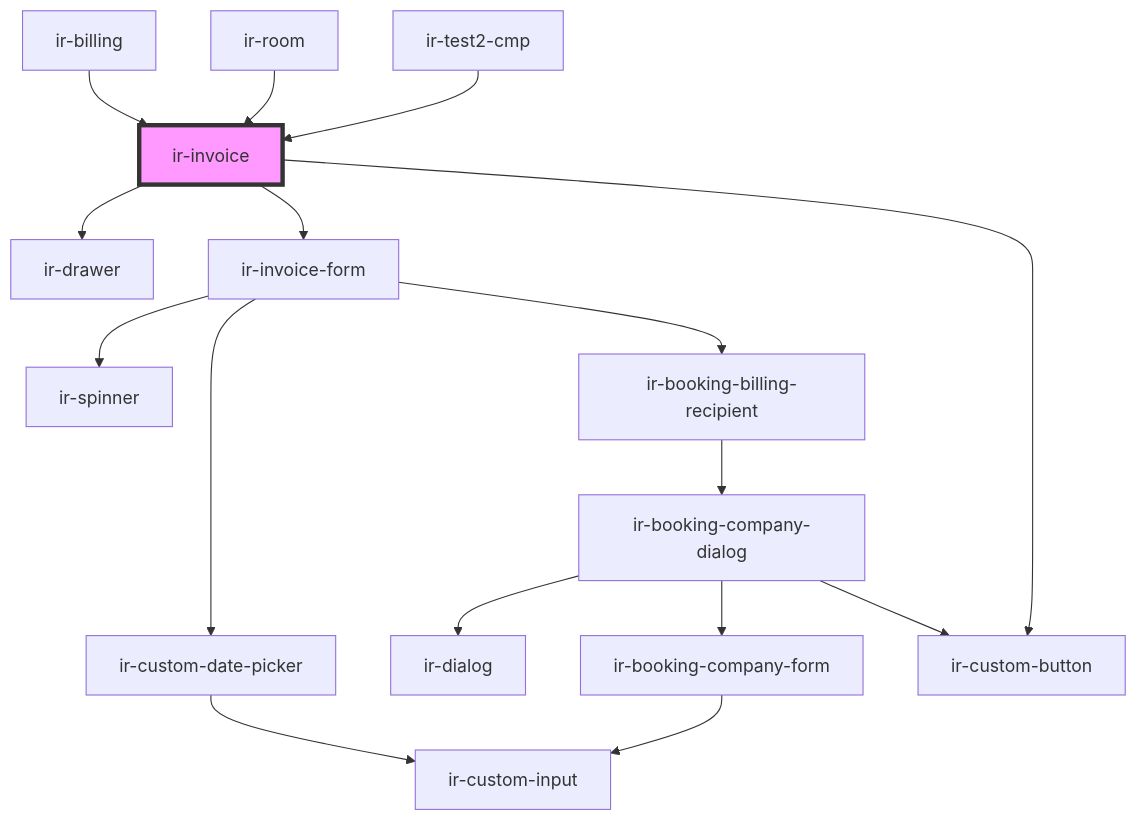
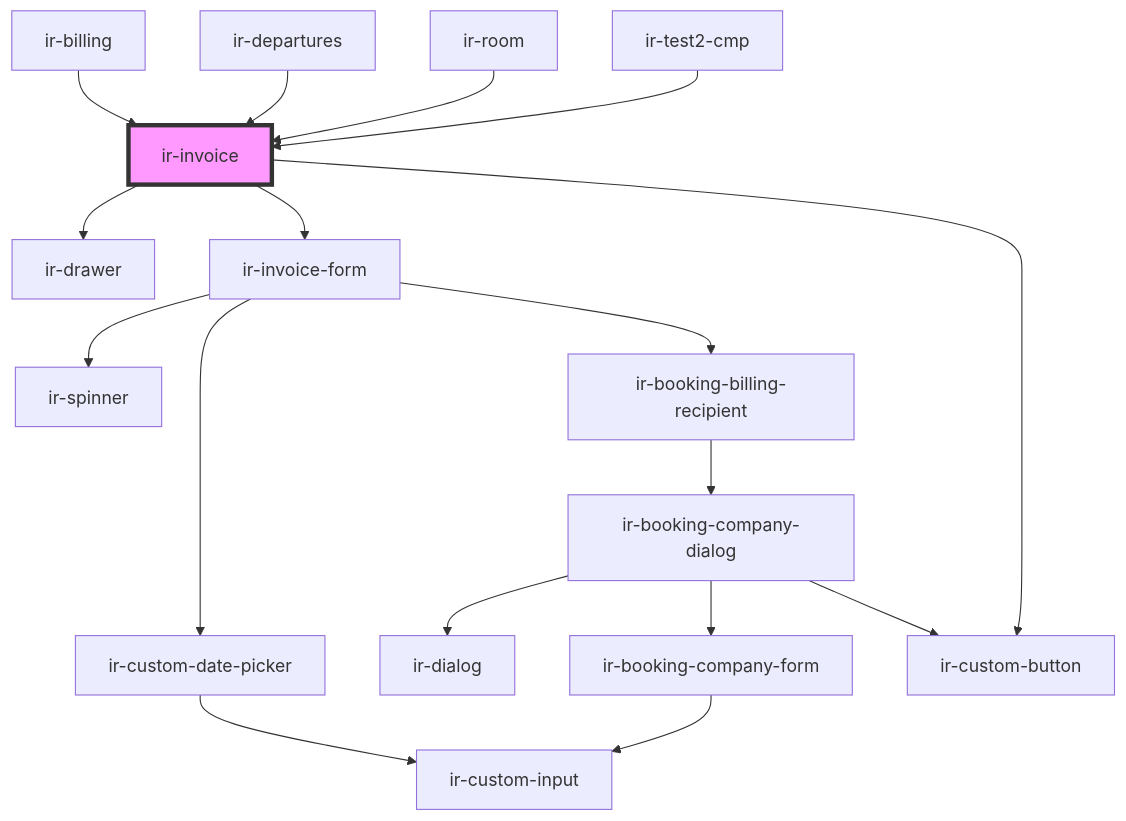
Before and after one commit to David1Chowaifaty/modified-ir-webcmp: the diagram in src/components/ir-invoice/readme.md, drawn with Mermaid. The commit also changed other lines of this file and 17 other files, not shown here.

````diff
--- a/src/components/ir-invoice/readme.md
+++ b/src/components/ir-invoice/readme.md
@@ -77,19 +78,20 @@
 ```mermaid
 graph TD;
   ir-invoice --> ir-drawer
   ir-invoice --> ir-invoice-form
   ir-invoice --> ir-custom-button
   ir-invoice-form --> ir-spinner
   ir-invoice-form --> ir-custom-date-picker
   ir-invoice-form --> ir-booking-billing-recipient
   ir-custom-date-picker --> ir-custom-input
   ir-booking-billing-recipient --> ir-booking-company-dialog
   ir-booking-company-dialog --> ir-dialog
   ir-booking-company-dialog --> ir-booking-company-form
   ir-booking-company-dialog --> ir-custom-button
   ir-booking-company-form --> ir-custom-input
   ir-billing --> ir-invoice
+  ir-departures --> ir-invoice
   ir-room --> ir-invoice
   ir-test2-cmp --> ir-invoice
   style ir-invoice fill:#f9f,stroke:#333,stroke-width:4px
 ```
````
